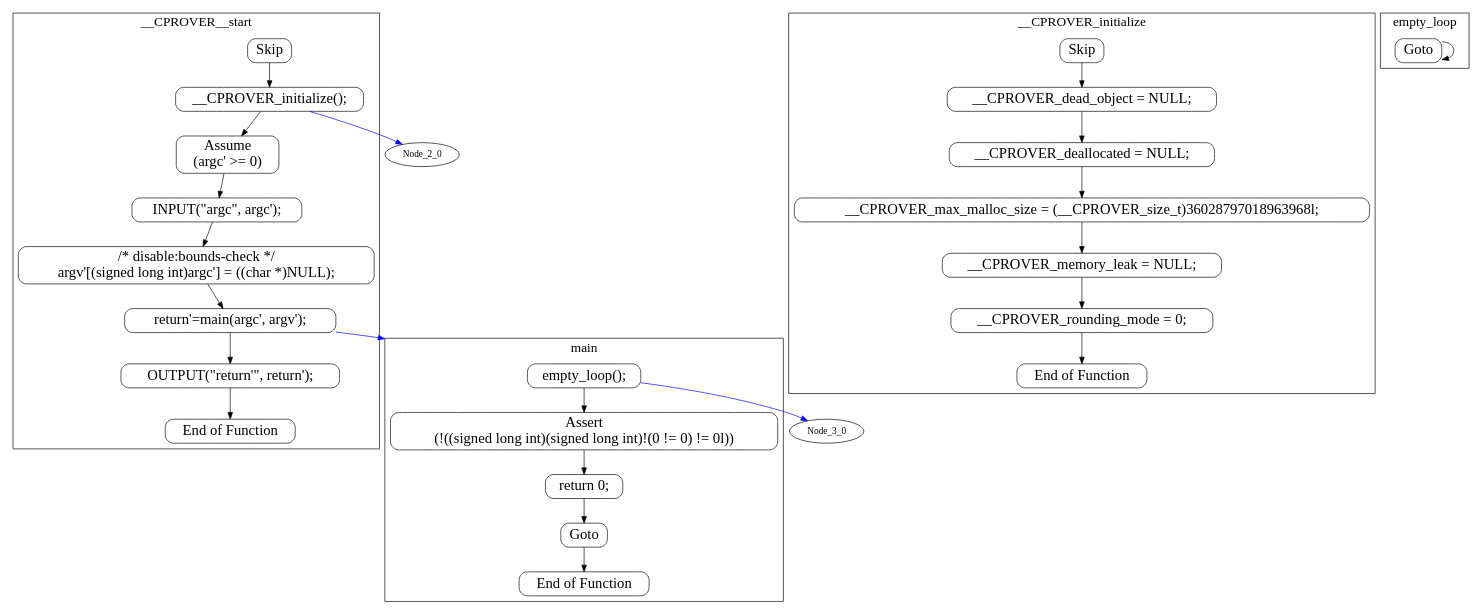
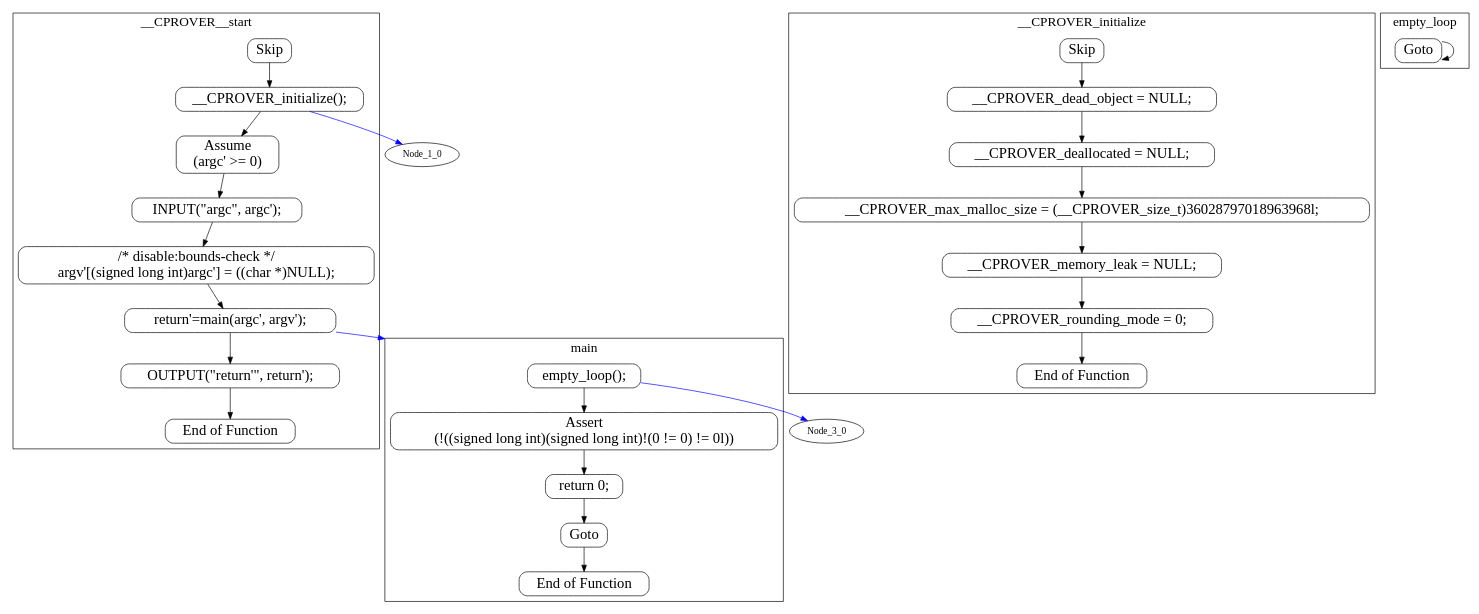
One commit to malkawimahdi/investigating-loop-detection-algorithms changed the diagram in control-flow-graph-test-cases/loop-empty/main.dot. Above: the diagram before and after it, drawn with Graphviz. The commit also changed 89 other files, not shown here.

```diff
--- a/control-flow-graph-test-cases/loop-empty/main.dot
+++ b/control-flow-graph-test-cases/loop-empty/main.dot
@@ -1,57 +1,57 @@
 digraph G {
 color=black;orientation=portrait;fontsize=20;compound=true;size="30,40";ratio=compress;
 subgraph "cluster_main" {
 label="main";
 Node_0_0 [shape=Mrecord,fontsize=22,label="empty_loop();"];
 Node_0_0 -> Node_0_1 ;
 Node_0_1 [shape=Mrecord,fontsize=22,label="Assert\n(!((signed long int)(signed long int)!(0 != 0) != 0l))"];
 Node_0_1 -> Node_0_2 ;
 Node_0_2 [shape=Mrecord,fontsize=22,label="return 0;"];
 Node_0_2 -> Node_0_3 ;
 Node_0_3 [shape=Mrecord,fontsize=22,label="Goto"];
 Node_0_3 -> Node_0_4 ;
 Node_0_4 [shape=Mrecord,fontsize=22,label="End of Function"];
 }
+subgraph "cluster___CPROVER_initialize" {
+label="__CPROVER_initialize";
+Node_1_5 [shape=Mrecord,fontsize=22,label="Skip"];
+Node_1_5 -> Node_1_6 ;
+Node_1_6 [shape=Mrecord,fontsize=22,label="__CPROVER_dead_object = NULL;"];
+Node_1_6 -> Node_1_7 ;
+Node_1_7 [shape=Mrecord,fontsize=22,label="__CPROVER_deallocated = NULL;"];
+Node_1_7 -> Node_1_8 ;
+Node_1_8 [shape=Mrecord,fontsize=22,label="__CPROVER_max_malloc_size = (__CPROVER_size_t)36028797018963968l;"];
+Node_1_8 -> Node_1_9 ;
+Node_1_9 [shape=Mrecord,fontsize=22,label="__CPROVER_memory_leak = NULL;"];
+Node_1_9 -> Node_1_10 ;
+Node_1_10 [shape=Mrecord,fontsize=22,label="__CPROVER_rounding_mode = 0;"];
+Node_1_10 -> Node_1_11 ;
+Node_1_11 [shape=Mrecord,fontsize=22,label="End of Function"];
+}
 subgraph "cluster___CPROVER__start" {
 label="__CPROVER__start";
-Node_1_5 [shape=Mrecord,fontsize=22,label="Skip"];
-Node_1_5 -> Node_1_6 ;
-Node_1_6 [shape=Mrecord,fontsize=22,label="__CPROVER_initialize();"];
-Node_1_6 -> Node_1_7 ;
-Node_1_7 [shape=Mrecord,fontsize=22,label="Assume\n(argc' \>= 0)"];
-Node_1_7 -> Node_1_8 ;
-Node_1_8 [shape=Mrecord,fontsize=22,label="INPUT(\"argc\", argc');"];
-Node_1_8 -> Node_1_9 ;
-Node_1_9 [shape=Mrecord,fontsize=22,label="/* disable:bounds-check */\nargv'[(signed long int)argc'] = ((char *)NULL);"];
-Node_1_9 -> Node_1_10 ;
-Node_1_10 [shape=Mrecord,fontsize=22,label="return'=main(argc', argv');"];
-Node_1_10 -> Node_1_11 ;
-Node_1_11 [shape=Mrecord,fontsize=22,label="OUTPUT(\"return'\", return');"];
-Node_1_11 -> Node_1_12 ;
-Node_1_12 [shape=Mrecord,fontsize=22,label="End of Function"];
-}
-subgraph "cluster___CPROVER_initialize" {
-label="__CPROVER_initialize";
-Node_2_13 [shape=Mrecord,fontsize=22,label="Skip"];
+Node_2_12 [shape=Mrecord,fontsize=22,label="Skip"];
+Node_2_12 -> Node_2_13 ;
+Node_2_13 [shape=Mrecord,fontsize=22,label="__CPROVER_initialize();"];
 Node_2_13 -> Node_2_14 ;
-Node_2_14 [shape=Mrecord,fontsize=22,label="__CPROVER_dead_object = NULL;"];
+Node_2_14 [shape=Mrecord,fontsize=22,label="Assume\n(argc' \>= 0)"];
 Node_2_14 -> Node_2_15 ;
-Node_2_15 [shape=Mrecord,fontsize=22,label="__CPROVER_deallocated = NULL;"];
+Node_2_15 [shape=Mrecord,fontsize=22,label="INPUT(\"argc\", argc');"];
 Node_2_15 -> Node_2_16 ;
-Node_2_16 [shape=Mrecord,fontsize=22,label="__CPROVER_max_malloc_size = (__CPROVER_size_t)36028797018963968l;"];
+Node_2_16 [shape=Mrecord,fontsize=22,label="/* disable:bounds-check */\nargv'[(signed long int)argc'] = ((char *)NULL);"];
 Node_2_16 -> Node_2_17 ;
-Node_2_17 [shape=Mrecord,fontsize=22,label="__CPROVER_memory_leak = NULL;"];
+Node_2_17 [shape=Mrecord,fontsize=22,label="return'=main(argc', argv');"];
 Node_2_17 -> Node_2_18 ;
-Node_2_18 [shape=Mrecord,fontsize=22,label="__CPROVER_rounding_mode = 0;"];
+Node_2_18 [shape=Mrecord,fontsize=22,label="OUTPUT(\"return'\", return');"];
 Node_2_18 -> Node_2_19 ;
 Node_2_19 [shape=Mrecord,fontsize=22,label="End of Function"];
 }
 subgraph "cluster_empty_loop" {
 label="empty_loop";
 Node_3_20 [shape=Mrecord,fontsize=22,label="Goto"];
 Node_3_20 -> Node_3_20 ;
 }
 Node_0_0 -> Node_3_0 [lhead="cluster_empty_loop",color=blue];
-Node_1_6 -> Node_2_0 [lhead="cluster___CPROVER_initialize",color=blue];
-Node_1_10 -> Node_0_0 [lhead="cluster_main",color=blue];
+Node_2_13 -> Node_1_0 [lhead="cluster___CPROVER_initialize",color=blue];
+Node_2_17 -> Node_0_0 [lhead="cluster_main",color=blue];
 }
```
